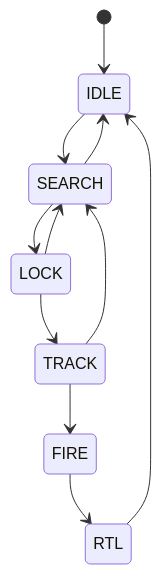
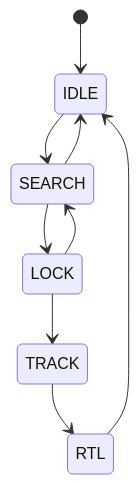
Before and after one commit to IN-AIR-KR/26_HC056: the second of 4 diagrams in SW/docs/DESIGN.md, drawn with Mermaid. The commit also changed other lines of this file and 15 other files, not shown here.

Commit message:
feat: kill 대신 rtl & gps 추가 & 상태머신에서 fire 제거

````diff
--- a/SW/docs/DESIGN.md
+++ b/SW/docs/DESIGN.md
@@ -188,13 +187,11 @@
 ```mermaid
 stateDiagram-v2
     [*] --> IDLE
     IDLE --> SEARCH
     SEARCH --> IDLE
     SEARCH --> LOCK
     LOCK --> SEARCH
     LOCK --> TRACK
-    TRACK --> SEARCH
-    TRACK --> FIRE
-    FIRE --> RTL
+    TRACK --> RTL
     RTL --> IDLE
 ```
````
